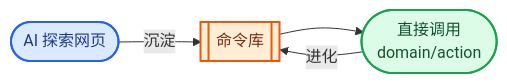
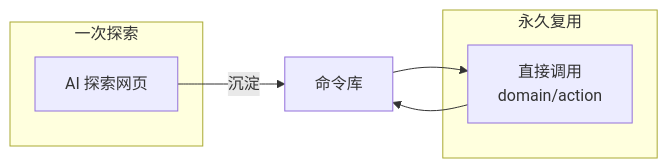
One commit to bqw1013/WebSculpt changed the diagram in README.md. Above: the diagram before and after it, drawn with Mermaid. The commit also changed 1 other file, not shown here.

Commit message:
docs: revert mermaid flowchart to original version

````diff
--- a/README.md
+++ b/README.md
@@ -17,14 +17,12 @@
 ```mermaid
 flowchart LR
-    A([AI 探索网页]) -->|沉淀| B[[命令库]]
-    B --> C([直接调用<br/>domain/action])
-    C -->|进化| B
-
-    classDef explore fill:#dbeafe,stroke:#2563eb,stroke-width:2px,color:#1e3a8a
-    classDef store fill:#ffedd5,stroke:#ea580c,stroke-width:2px,color:#7c2d12
-    classDef reuse fill:#dcfce7,stroke:#16a34a,stroke-width:2px,color:#14532d
-
-    class A explore
-    class B store
-    class C reuse
+    subgraph Explore["一次探索"]
+        A[AI 探索网页]
+    end
+    subgraph Reuse["永久复用"]
+        B[直接调用<br/>domain/action]
+    end
+    A -->|"沉淀"| C[命令库]
+    C --> B
+    B --> C
 ```
````
